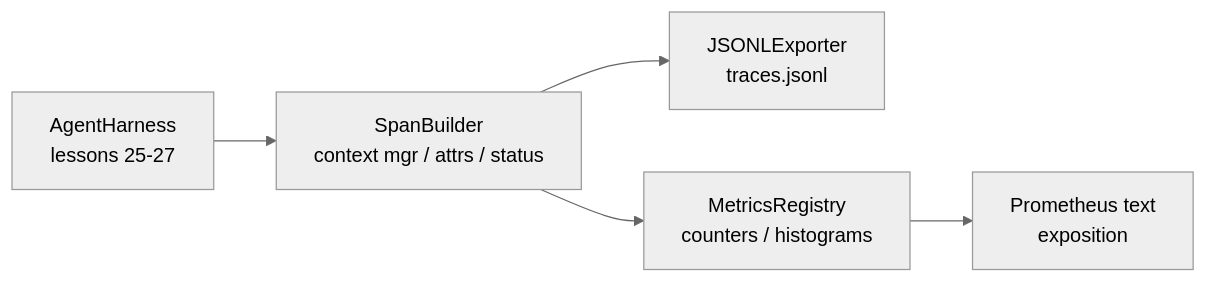
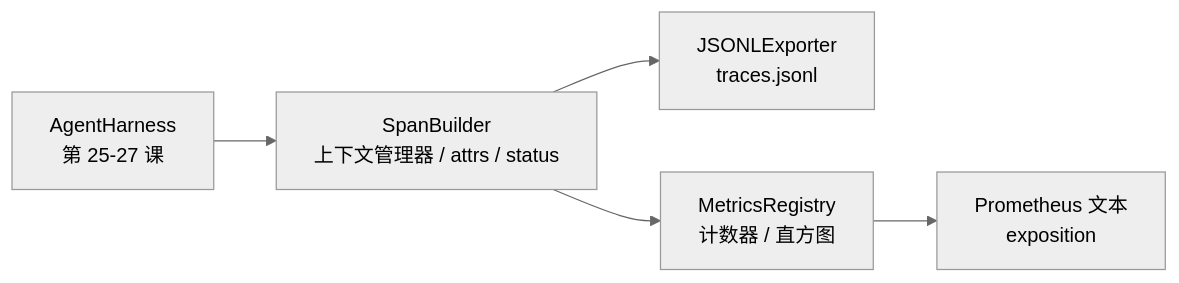
Before and after one commit to alessandrodinisio-ai/ai-engineering-learning-framework: the second of 2 diagrams in phases/19-capstone-projects/28-observability-otel-traces/docs/zh.md, drawn with Mermaid (neutral theme). The commit also changed other lines of this file and 120 other files, not shown here.

First line of the commit message:
i18n(mermaid): 337 个 mermaid 图表标签中文化

````diff
--- a/phases/19-capstone-projects/28-observability-otel-traces/docs/zh.md
+++ b/phases/19-capstone-projects/28-observability-otel-traces/docs/zh.md
@@ -52,7 +52,7 @@
 ```mermaid
 flowchart LR
-  Harness[AgentHarness<br/>lessons 25-27] --> Span[SpanBuilder<br/>context mgr / attrs / status]
+  Harness[AgentHarness<br/>第 25-27 课] --> Span[SpanBuilder<br/>上下文管理器 / attrs / status]
   Span --> Exporter[JSONLExporter<br/>traces.jsonl]
-  Span --> Metrics[MetricsRegistry<br/>counters / histograms]
-  Metrics --> Prom[Prometheus text<br/>exposition]
+  Span --> Metrics[MetricsRegistry<br/>计数器 / 直方图]
+  Metrics --> Prom[Prometheus 文本<br/>exposition]
 ```
````
